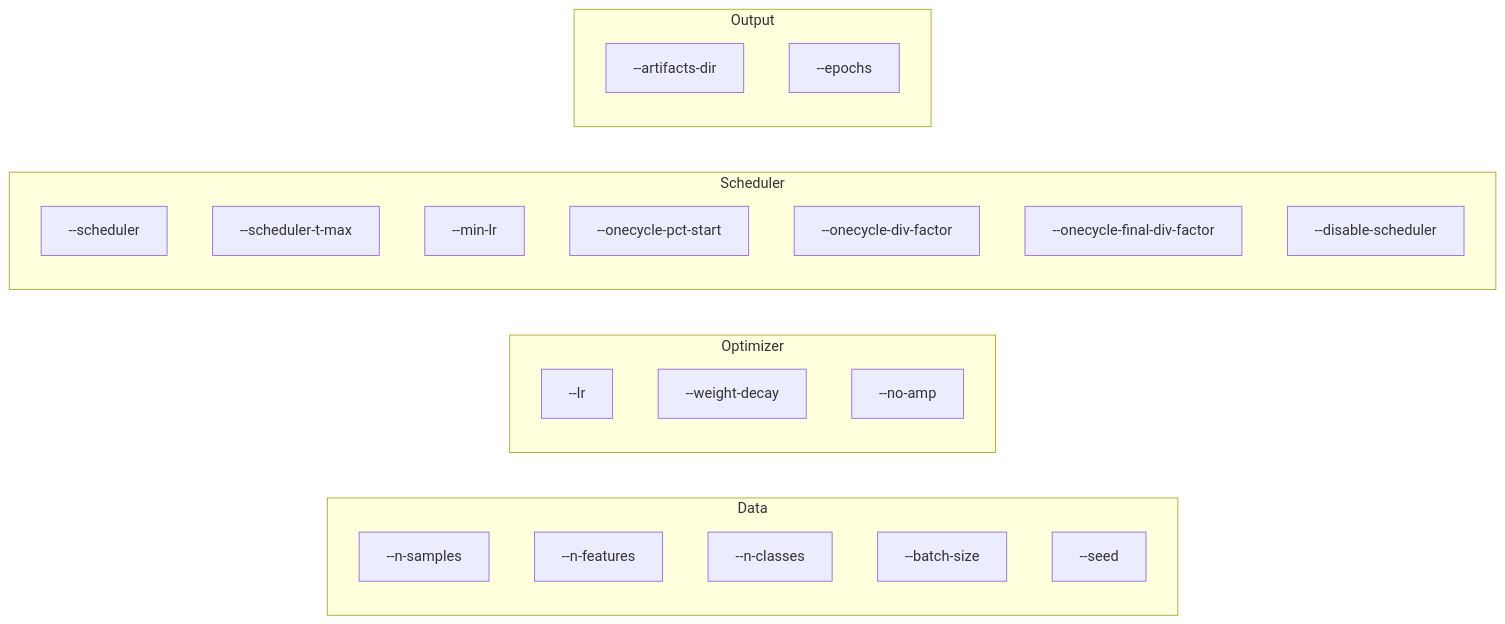
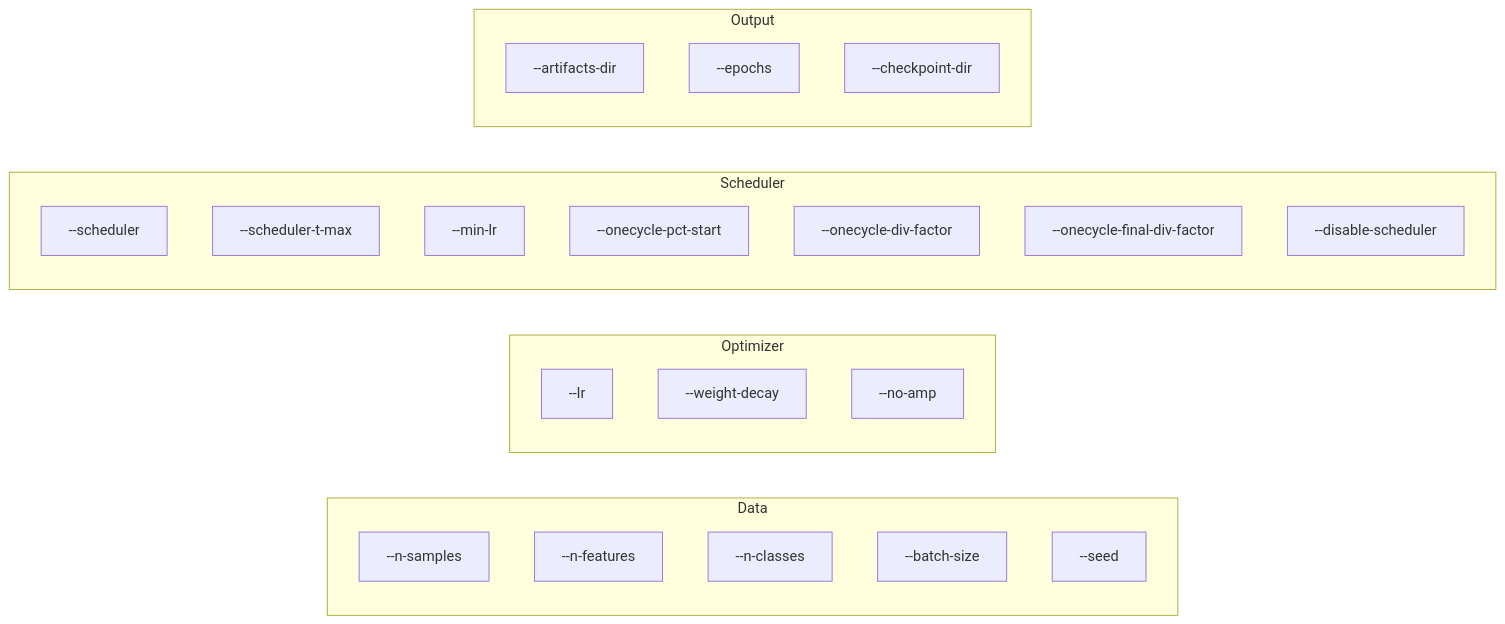
The ninth of 11 diagrams in README.md (hkevin01/ml-adamw-demo), drawn with Mermaid before and after one commit. The commit also changed other lines of this file, not shown here.

````diff
--- a/README.md
+++ b/README.md
@@ -494,28 +715,29 @@
 ```mermaid
 flowchart LR
     subgraph Data
         NS["--n-samples"]
         NF["--n-features"]
         NC["--n-classes"]
         BS["--batch-size"]
         SD["--seed"]
     end
     subgraph Optimizer
         LR["--lr"]
         WD["--weight-decay"]
         NA["--no-amp"]
     end
     subgraph Scheduler
         SC["--scheduler"]
         TM["--scheduler-t-max"]
         ML["--min-lr"]
         PS["--onecycle-pct-start"]
         DF["--onecycle-div-factor"]
         FF["--onecycle-final-div-factor"]
         DS["--disable-scheduler"]
     end
     subgraph Output
         AD["--artifacts-dir"]
         EP["--epochs"]
+        CD["--checkpoint-dir"]
     end
 ```
````
